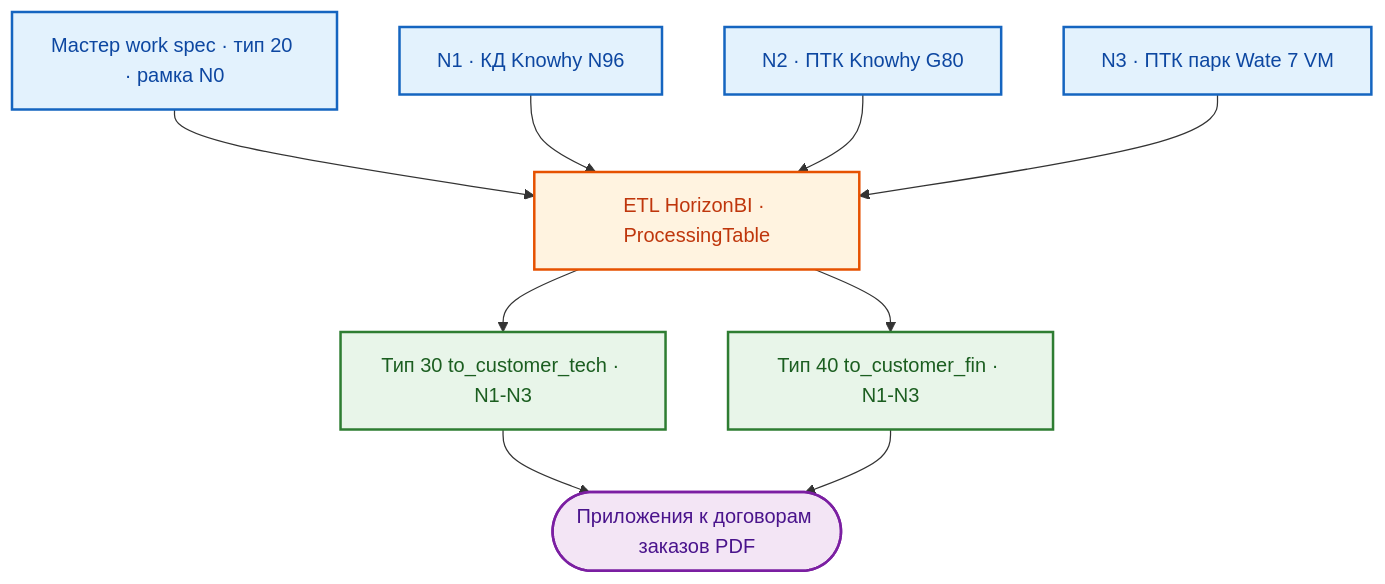
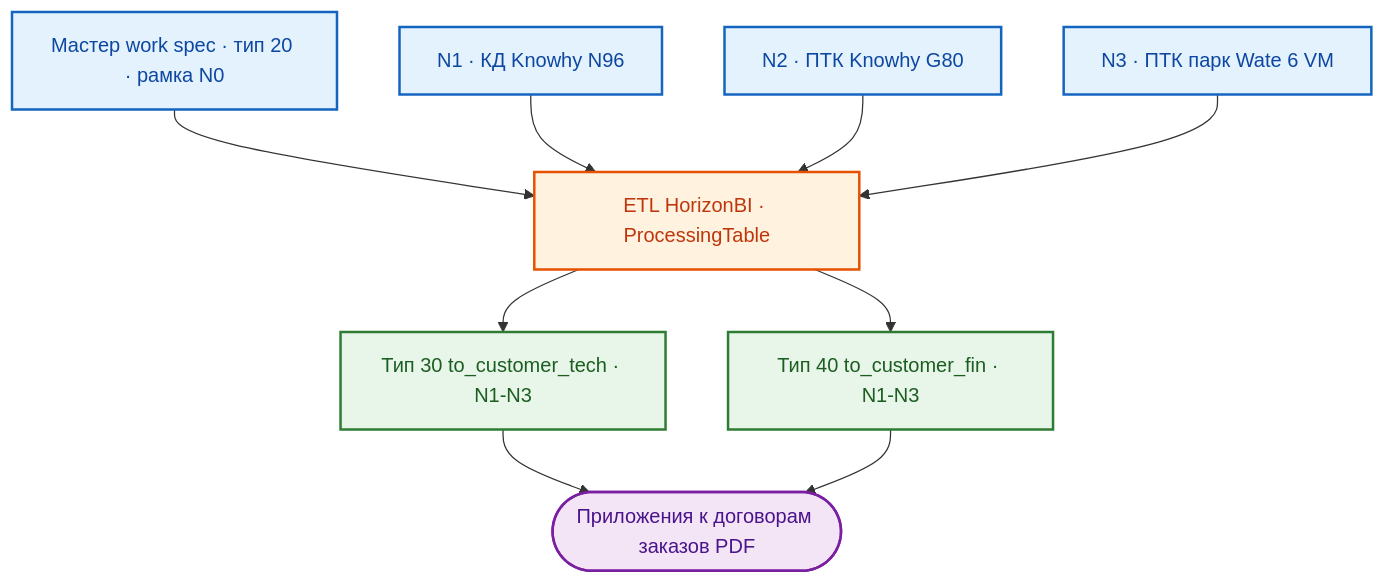
The diagram in README.md (Konkery/Project-8_2026-N0-HORIZON), drawn with Mermaid before and after one commit. The commit also changed other lines of this file and 15 other files, not shown here.

````diff
--- a/README.md
+++ b/README.md
@@ -39,16 +40,16 @@
 ```mermaid
 flowchart TD
     classDef storage fill:#E3F2FD,stroke:#1565C0,stroke-width:2px,color:#0D47A1;
     classDef engine  fill:#FFF3E0,stroke:#E65100,stroke-width:2px,color:#BF360C;
     classDef lib     fill:#E8F5E9,stroke:#2E7D32,stroke-width:2px,color:#1B5E20;
     classDef output  fill:#F3E5F5,stroke:#7B1FA2,stroke-width:2px,color:#4A148C;
 
     M[Мастер work spec · тип 20 · рамка N0]:::storage --> ETL[ETL HorizonBI · ProcessingTable]:::engine
     ETL --> T30[Тип 30 to_customer_tech · N1-N3]:::lib
     ETL --> T40[Тип 40 to_customer_fin · N1-N3]:::lib
     T30 --> APL([Приложения к договорам заказов PDF]):::output
     T40 --> APL
     N1Z[N1 · КД Knowhy N96]:::storage --> ETL
     N2Z[N2 · ПТК Knowhy G80]:::storage --> ETL
-    N3Z[N3 · ПТК парк Wate 7 VM]:::storage --> ETL
+    N3Z[N3 · ПТК парк Wate 6 VM]:::storage --> ETL
 ```
````
